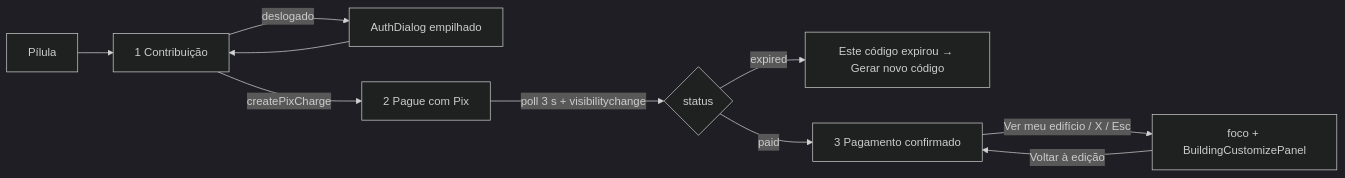
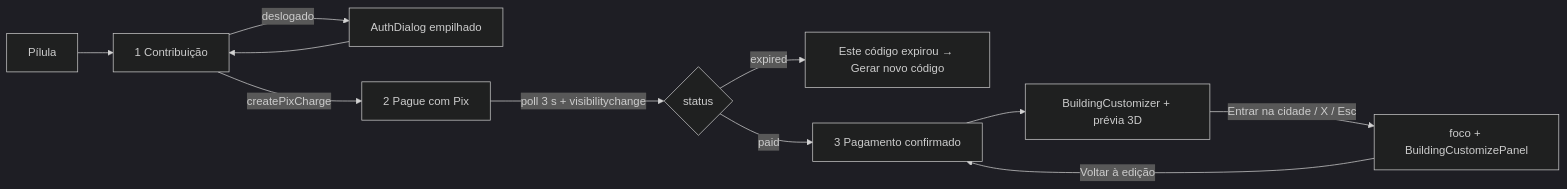
One commit to RaeII/cidoa changed the first of 2 diagrams in doc/components/html-components.md. Above: the diagram before and after it, drawn with Mermaid (dark theme). The commit also changed other lines of this file and 16 other files, not shown here.

````diff
--- a/doc/components/html-components.md
+++ b/doc/components/html-components.md
@@ -135,11 +135,12 @@
 ```mermaid
 flowchart LR
   P[Pílula] --> F[1 Contribuição]
   F -- deslogado --> L[AuthDialog empilhado] --> F
   F -- createPixCharge --> Pay[2 Pague com Pix]
   Pay -- poll 3 s + visibilitychange --> S{status}
   S -- expired --> X[Este código expirou → Gerar novo código]
   S -- paid --> D[3 Pagamento confirmado]
-  D -- Ver meu edifício / X / Esc --> Fim[foco + BuildingCustomizePanel]
+  D --> Editor[BuildingCustomizer + prévia 3D]
+  Editor -- Entrar na cidade / X / Esc --> Fim[foco + BuildingCustomizePanel]
   Fim -- Voltar à edição --> D
 ```
````
